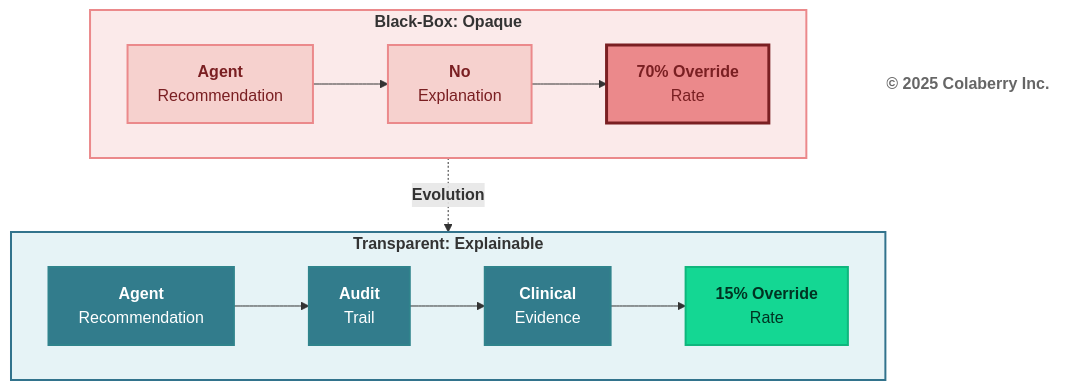
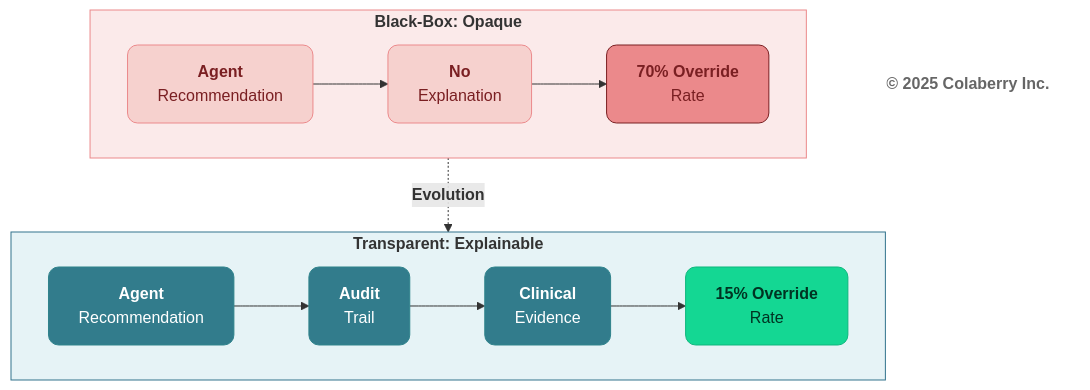
One commit to colaberry/trust-before-intelligence-book changed diagram 12 of 12 in manuscript/03_chapter_2_inpact_framework.md. Above: the diagram before and after it, drawn with Mermaid. The commit also changed other lines of this file and 12 other files, not shown here.

````diff
--- a/manuscript/03_chapter_2_inpact_framework.md
+++ b/manuscript/03_chapter_2_inpact_framework.md
@@ -864,38 +864,38 @@
 ```mermaid
 graph TB
     subgraph ERA1["<b>Black-Box: Opaque</b>"]
         direction LR
         A1["<b>Agent</b><br/>Recommendation"]
         B1["<b>No</b><br/>Explanation"]
         D1["<b>70% Override</b><br/>Rate"]
         
         A1 --> B1 --> D1
     end
     
     ERA1 -.->|<b>Evolution</b>| ERA2
     
     subgraph ERA2["<b>Transparent: Explainable</b>"]
         direction LR
         A2["<b>Agent</b><br/>Recommendation"]
         B2["<b>Audit</b><br/>Trail"]
         C2["<b>Clinical</b><br/>Evidence"]
         D2["<b>15% Override</b><br/>Rate"]
         
         A2 --> B2 --> C2 --> D2
     end
 
-    style ERA1 fill:#FBEAEA,stroke:#EB898B,stroke-width:2px
-    style A1 fill:#F6D1CE,stroke:#EB898B,stroke-width:2px,color:#7A1F22
-    style B1 fill:#F6D1CE,stroke:#EB898B,stroke-width:2px,color:#7A1F22
+    style ERA1 fill:#FBEAEA,stroke:#EB898B,stroke-width:1px
+    style A1 fill:#F6D1CE,stroke:#EB898B,stroke-width:1px,color:#7A1F22,rx:10,ry:10
+    style B1 fill:#F6D1CE,stroke:#EB898B,stroke-width:1px,color:#7A1F22,rx:10,ry:10
 
-    style D1 fill:#EB898B,stroke:#7A1F22,stroke-width:3px,color:#7A1F22
+    style D1 fill:#EB898B,stroke:#7A1F22,stroke-width:1px,color:#7A1F22,rx:10,ry:10
 
-    style ERA2 fill:#E6F3F6,stroke:#32738C,stroke-width:2px
-    style A2 fill:#327C8C,stroke:#30838C,stroke-width:2px,color:#ffffff
-    style B2 fill:#327C8C,stroke:#30838C,stroke-width:2px,color:#ffffff
-    style C2 fill:#327C8C,stroke:#30838C,stroke-width:2px,color:#ffffff
-    style D2 fill:#14D793,stroke:#0FB67D,stroke-width:2px,color:#003322
+    style ERA2 fill:#E6F3F6,stroke:#32738C,stroke-width:1px
+    style A2 fill:#327C8C,stroke:#30838C,stroke-width:1px,color:#ffffff,rx:10,ry:10
+    style B2 fill:#327C8C,stroke:#30838C,stroke-width:1px,color:#ffffff,rx:10,ry:10
+    style C2 fill:#327C8C,stroke:#30838C,stroke-width:1px,color:#ffffff,rx:10,ry:10
+    style D2 fill:#14D793,stroke:#0FB67D,stroke-width:1px,color:#003322,rx:10,ry:10
     
     Copyright["<b>© 2025 Colaberry Inc.</b>"]
-    style Copyright fill:#ffffff,stroke:none,color:#666666
+    style Copyright fill:none,stroke:none,color:#666666
 ```
````
